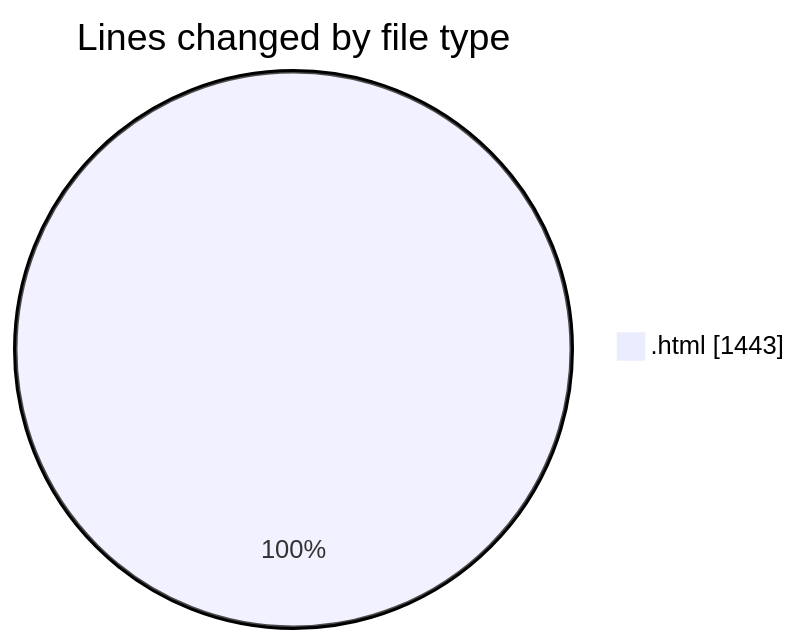
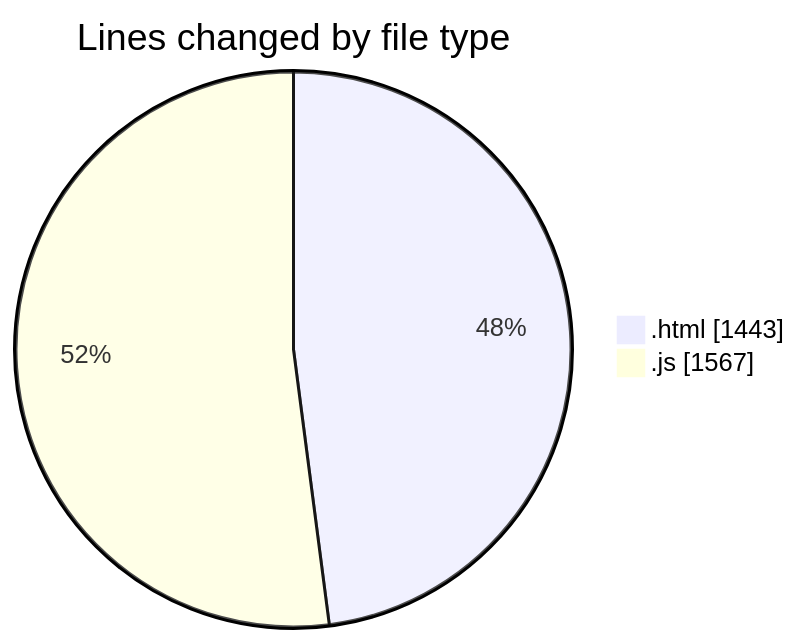
One commit to shibass792/code-tracking changed the first of 2 diagrams in 2026-07-15/shibass-ai/README.md. Above: the diagram before and after it, drawn with Mermaid. The commit also changed other lines of this file and 1 other file, not shown here.

````diff
--- a/2026-07-15/shibass-ai/README.md
+++ b/2026-07-15/shibass-ai/README.md
@@ -20,5 +21,6 @@
 ```mermaid
 pie showData
 title Lines changed by file type
 ".html" : 1443
+".js" : 1567
 ```
````
